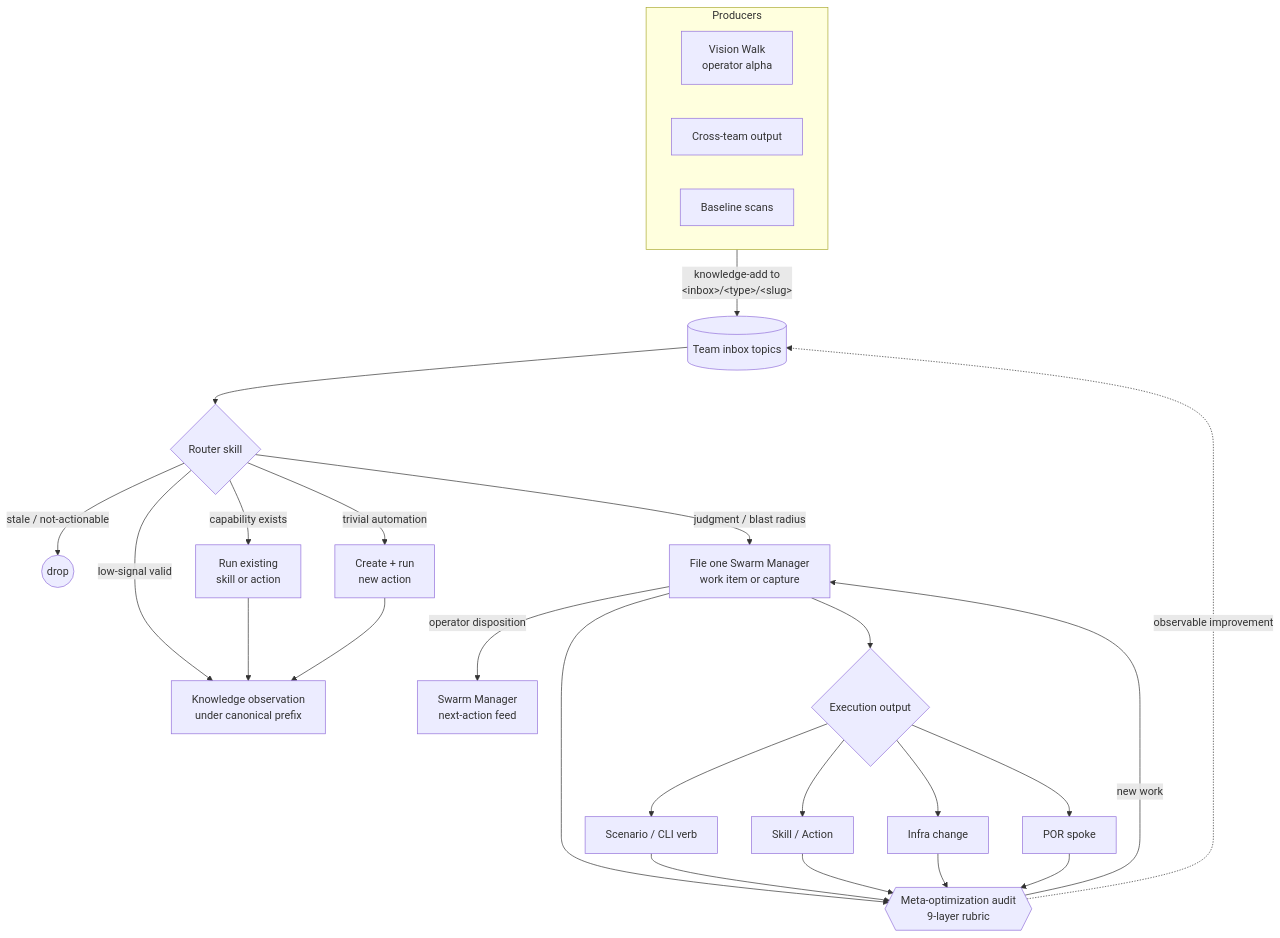
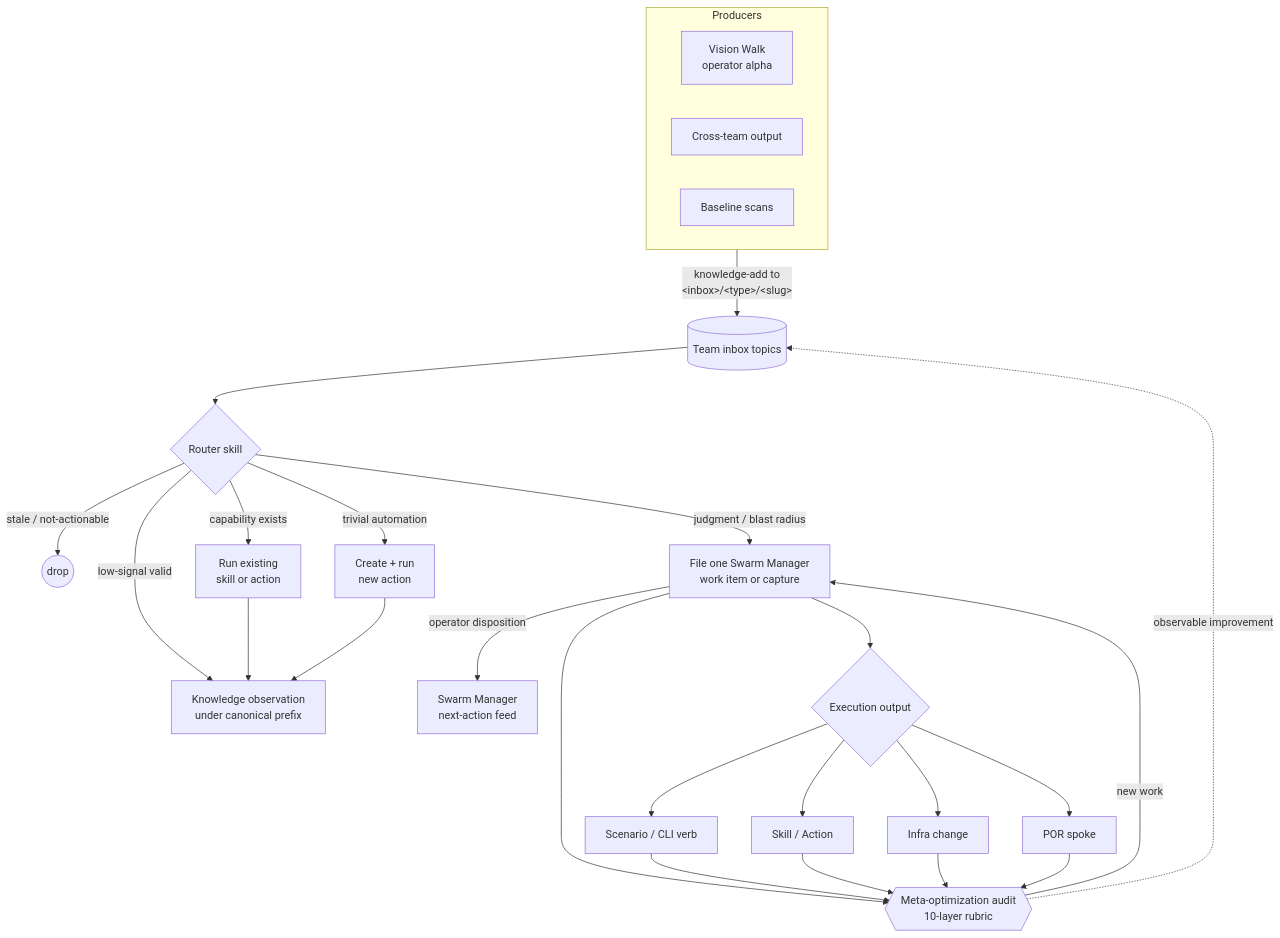
Before and after one commit to Vrooli/Vrooli: the diagram in docs/agent-system/README.md, drawn with Mermaid. The commit also changed other lines of this file and 59 other files, not shown here.

````diff
--- a/docs/agent-system/README.md
+++ b/docs/agent-system/README.md
@@ -50,32 +50,32 @@
 ```mermaid
 flowchart TB
     subgraph PROD[Producers]
       VW[Vision Walk<br/>operator alpha]
       EXT[Cross-team output]
       BASE[Baseline scans]
     end
 
     PROD -->|knowledge-add to<br/>&lt;inbox&gt;/&lt;type&gt;/&lt;slug&gt;| INBOX[(Team inbox topics)]
     INBOX --> ROUTER{Router skill}
 
     ROUTER -->|stale / not-actionable| DROP((drop))
     ROUTER -->|low-signal valid| OBS[Knowledge observation<br/>under canonical prefix]
     ROUTER -->|capability exists| RUN[Run existing<br/>skill or action]
     ROUTER -->|trivial automation| NEWACT[Create + run<br/>new action]
     ROUTER -->|judgment / blast radius| WORK[File one Swarm Manager<br/>work item or capture]
 
     RUN --> OBS
     NEWACT --> OBS
 
     WORK -->|operator disposition| DISPOSED[Swarm Manager<br/>next-action feed]
 
     WORK --> EXECW{Execution output}
     EXECW --> OUT1[Scenario / CLI verb]
     EXECW --> OUT2[Skill / Action]
     EXECW --> OUT3[Infra change]
     EXECW --> OUT4[POR spoke]
 
-    WORK & OUT1 & OUT2 & OUT3 & OUT4 --> AUDIT{{Meta-optimization audit<br/>9-layer rubric}}
+    WORK & OUT1 & OUT2 & OUT3 & OUT4 --> AUDIT{{Meta-optimization audit<br/>10-layer rubric}}
     AUDIT -->|new work| WORK
     AUDIT -.observable improvement.-> INBOX
 ```
````
